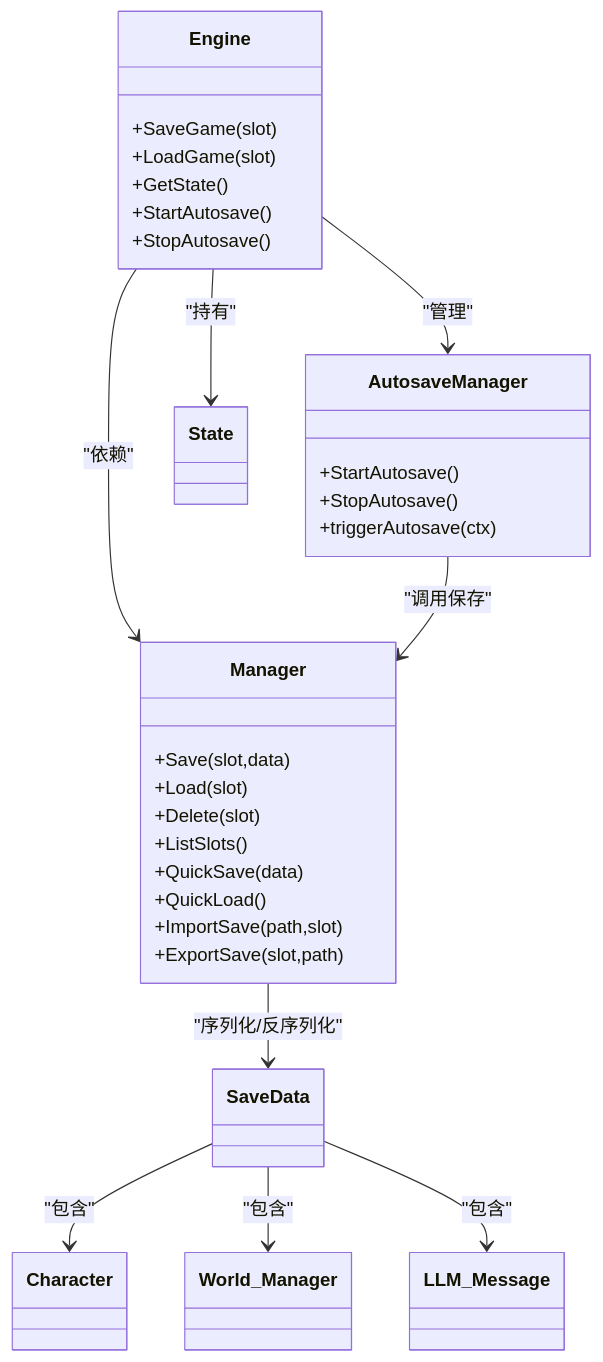
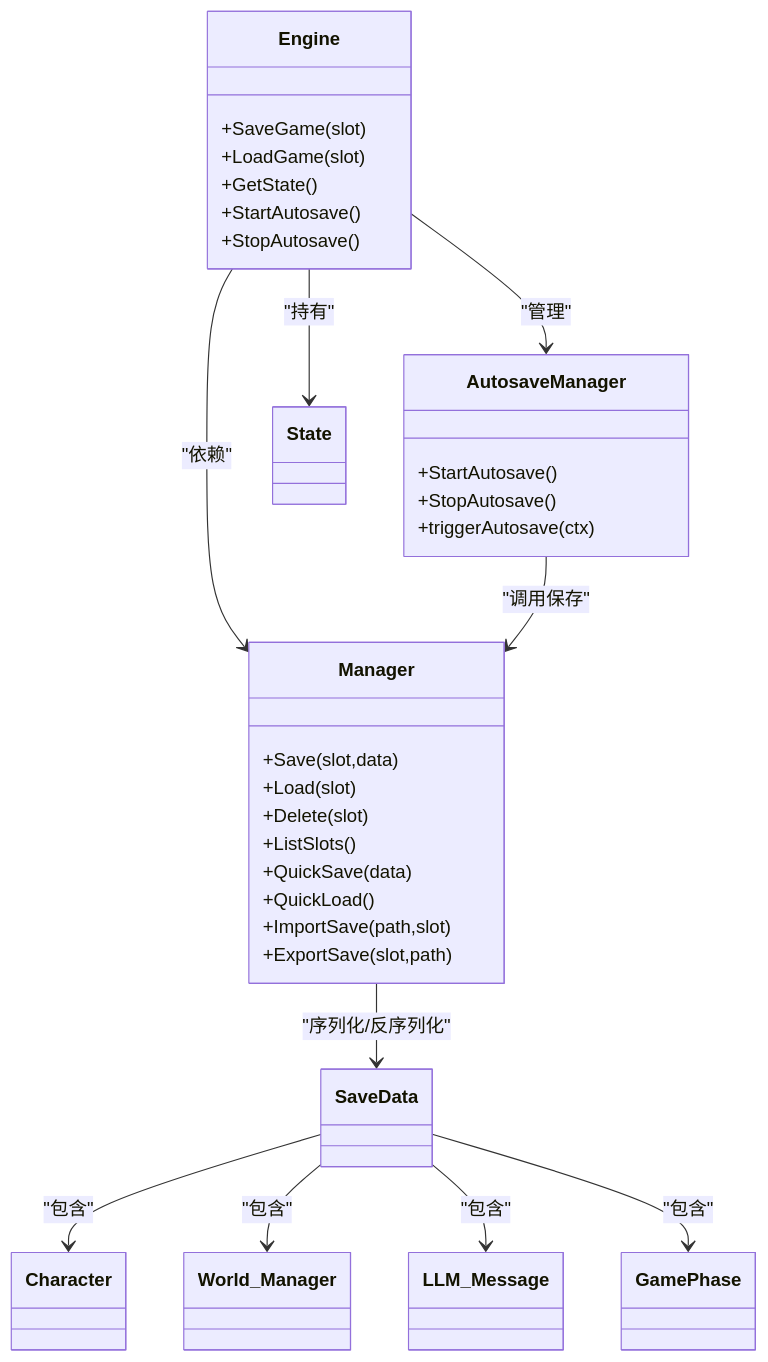
One commit to zwh8800/cdnd changed the eighth of 9 diagrams in .qoder/repowiki/zh/content/存档系统.md. Above: the diagram before and after it, drawn with Mermaid. The commit also changed other lines of this file and 11 other files, not shown here.

````diff
--- a/.qoder/repowiki/zh/content/存档系统.md
+++ b/.qoder/repowiki/zh/content/存档系统.md
@@ -477,38 +478,40 @@
 ```mermaid
 classDiagram
 class Engine {
 +SaveGame(slot)
 +LoadGame(slot)
 +GetState()
 +StartAutosave()
 +StopAutosave()
 }
 class Manager {
 +Save(slot,data)
 +Load(slot)
 +Delete(slot)
 +ListSlots()
 +QuickSave(data)
 +QuickLoad()
 +ImportSave(path,slot)
 +ExportSave(slot,path)
 }
 class AutosaveManager {
 +StartAutosave()
 +StopAutosave()
 +triggerAutosave(ctx)
 }
 class SaveData
 class State
 class World_Manager
 class Character
 class LLM_Message
+class GamePhase
 Engine --> Manager : "依赖"
 Engine --> AutosaveManager : "管理"
 Engine --> State : "持有"
 SaveData --> Character : "包含"
 SaveData --> World_Manager : "包含"
 SaveData --> LLM_Message : "包含"
+SaveData --> GamePhase : "包含"
 Manager --> SaveData : "序列化/反序列化"
 AutosaveManager --> Manager : "调用保存"
 ```
````
